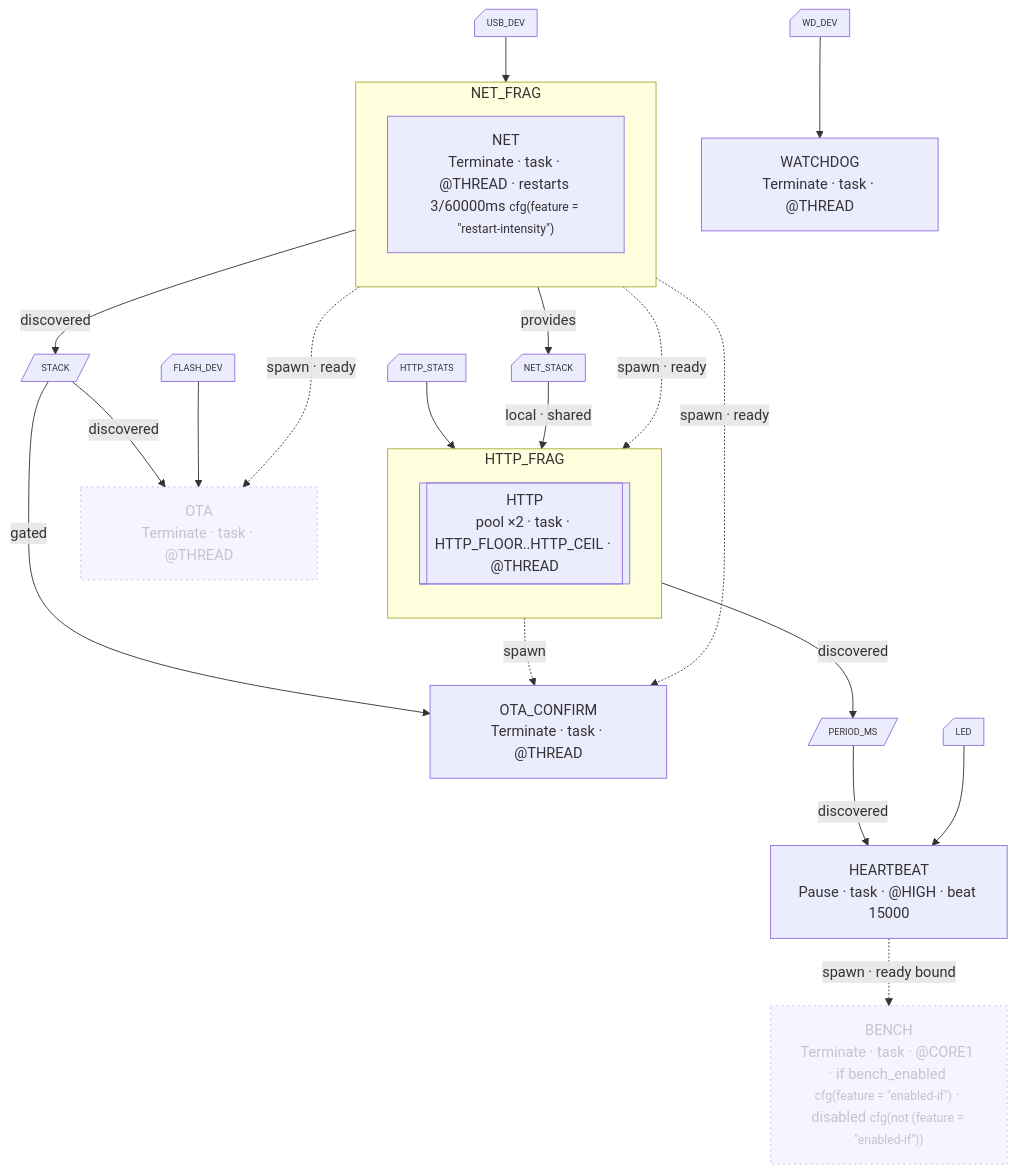
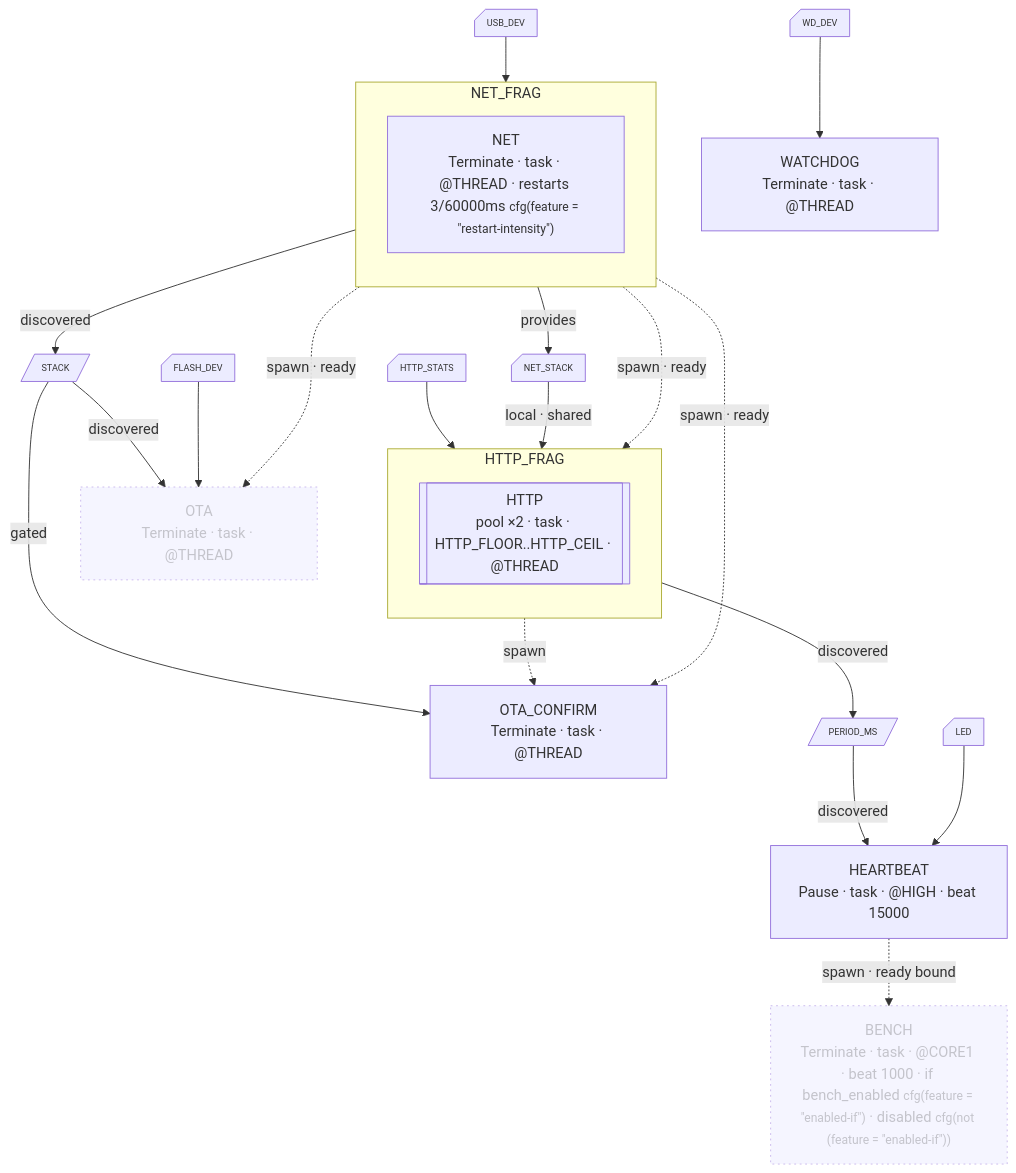
Before and after one commit to cedrivard/embassy-supervisor: the diagram in firmware/README.md, drawn with Mermaid. The commit also changed other lines of this file and 15 other files, not shown here.

````diff
--- a/firmware/README.md
+++ b/firmware/README.md
@@ -20,55 +20,55 @@
 ```mermaid
 %% runtime coupling: compose_graph!  (firmware/src/main.rs:23)
 flowchart TD
   accDescr: supervisor task graph declared at firmware/src/main.rs:23
   subgraph f_NET_FRAG["NET_FRAG"]
     direction TD
     n_NET["NET<br/>Terminate · task · @THREAD · restarts 3/60000ms <small>cfg(feature = #quot;restart-intensity#quot;)</small>"]
   end
   subgraph f_HTTP_FRAG["HTTP_FRAG"]
     direction TD
     n_HTTP[["HTTP<br/>pool ×2 · task · HTTP_FLOOR..HTTP_CEIL · @THREAD"]]
   end
   n_WATCHDOG["WATCHDOG<br/>Terminate · task · @THREAD"]
   n_HEARTBEAT["HEARTBEAT<br/>Pause · task · @HIGH · beat 15000"]
   n_OTA["OTA<br/>Terminate · task · @THREAD"]
-  n_BENCH["BENCH<br/>Terminate · task · @CORE1 · if bench_enabled <small>cfg(feature = #quot;enabled-if#quot;)</small> · disabled <small>cfg(not (feature = #quot;enabled-if#quot;))</small>"]
+  n_BENCH["BENCH<br/>Terminate · task · @CORE1 · beat 1000 · if bench_enabled <small>cfg(feature = #quot;enabled-if#quot;)</small> · disabled <small>cfg(not (feature = #quot;enabled-if#quot;))</small>"]
   n_OTA_CONFIRM["OTA_CONFIRM<br/>Terminate · task · @THREAD"]
 
   n_NET -. "spawn · ready" .-> n_HTTP
   n_NET -. "spawn · ready" .-> n_OTA
   n_HEARTBEAT -. "spawn · ready bound" .-> n_BENCH
   n_HTTP -. "spawn" .-> n_OTA_CONFIRM
   n_NET -. "spawn · ready" .-> n_OTA_CONFIRM
 
   s_crate__net__STACK[/"STACK"/]
   n_NET -- "discovered" --> s_crate__net__STACK
   s_heartbeat__PERIOD_MS[/"PERIOD_MS"/]
   n_HTTP -- "discovered" --> s_heartbeat__PERIOD_MS
   s_crate__net__STACK -- "discovered" --> n_OTA
   s_crate__net__STACK -- "gated" --> n_OTA_CONFIRM
   s_heartbeat__PERIOD_MS -- "discovered" --> n_HEARTBEAT
   class s_crate__net__STACK,s_heartbeat__PERIOD_MS signal;
 
   r_USB_DEV@{ shape: notch-rect, label: "USB_DEV" }
   r_HTTP_STATS@{ shape: notch-rect, label: "HTTP_STATS" }
   r_NET_STACK@{ shape: notch-rect, label: "NET_STACK" }
   r_WD_DEV@{ shape: notch-rect, label: "WD_DEV" }
   r_LED@{ shape: notch-rect, label: "LED" }
   r_FLASH_DEV@{ shape: notch-rect, label: "FLASH_DEV" }
   r_USB_DEV --> n_NET
   r_HTTP_STATS --> n_HTTP
   r_NET_STACK -- "local · shared" --> n_HTTP
   r_WD_DEV --> n_WATCHDOG
   r_LED --> n_HEARTBEAT
   r_FLASH_DEV --> n_OTA
   n_NET -- "provides" --> r_NET_STACK
   class r_USB_DEV,r_HTTP_STATS,r_NET_STACK,r_WD_DEV,r_LED,r_FLASH_DEV resource;
 
   class n_OTA,n_BENCH disabled;
   classDef parked stroke-dasharray:4 3;
   classDef disabled stroke-dasharray:2 4,opacity:0.5;
   classDef external stroke-dasharray:3 3,opacity:0.7;
   classDef signal stroke-width:1px,font-size:10px;
   classDef resource stroke-width:1px,stroke-dasharray:0,font-size:10px;
 ```
````
